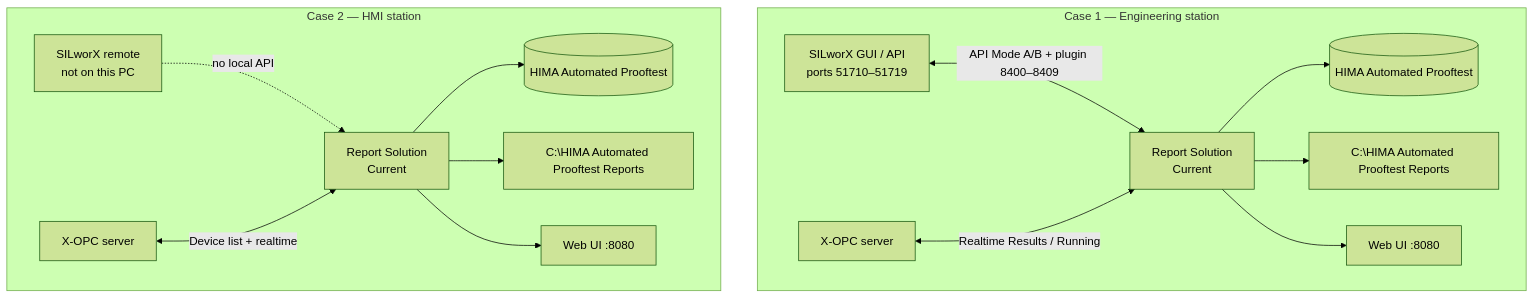
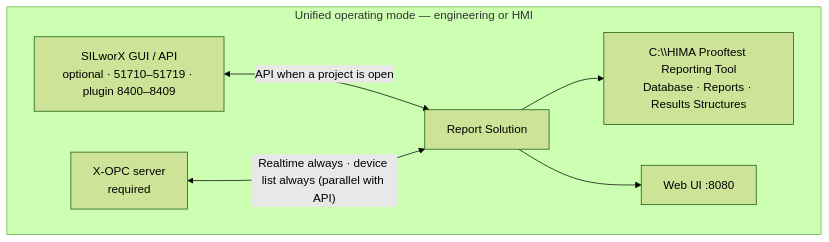
The first of 11 diagrams in Specifications/HIMA-Prooftest-Architecture-Mermaid.md (D-Mouna/Prooftest-Reporting-solution), drawn with Mermaid (forest theme) before and after one commit. The commit also changed other lines of this file and 200 other files, not shown here.

Commit message:
Show per-device source in the list (OPC ProgID or SILworX project) and keep SPEC 1.60 / code 1.63 in sync.

````diff
--- a/Specifications/HIMA-Prooftest-Architecture-Mermaid.md
+++ b/Specifications/HIMA-Prooftest-Architecture-Mermaid.md
@@ -17,32 +18,15 @@
 ```mermaid
 flowchart TB
-  subgraph CASE1["Case 1 — Engineering station"]
-    SW1[SILworX GUI / API<br/>ports 51710–51719]
-    OPC1[X-OPC server]
-    SOL1[Report Solution<br/>Current]
-    DB1[(HIMA Automated Prooftest)]
-    RPT1[C:\HIMA Automated Prooftest Reports]
-    UI1[Web UI :8080]
+  subgraph MODE["Unified operating mode — engineering or HMI"]
+    SW[SILworX GUI / API<br/>optional · 51710–51719 · plugin 8400–8409]
+    OPC[X-OPC server<br/>required]
+    SOL[Report Solution]
+    ROOT["C:\\HIMA Prooftest Reporting Tool<br/>Database · Reports · Results Structures"]
+    UI[Web UI :8080]
 
-    SW1 <-->|API Mode A/B + plugin 8400–8409| SOL1
-    OPC1 <-->|Realtime Results / Running| SOL1
-    SOL1 --> DB1
-    SOL1 --> RPT1
-    SOL1 --> UI1
-  end
-
-  subgraph CASE2["Case 2 — HMI station"]
-    SW2[SILworX remote<br/>not on this PC]
-    OPC2[X-OPC server]
-    SOL2[Report Solution<br/>Current]
-    DB2[(HIMA Automated Prooftest)]
-    RPT2[C:\HIMA Automated Prooftest Reports]
-    UI2[Web UI :8080]
-
-    SW2 -.->|no local API| SOL2
-    OPC2 <-->|Device list + realtime| SOL2
-    SOL2 --> DB2
-    SOL2 --> RPT2
-    SOL2 --> UI2
+    SW <-->|API when a project is open| SOL
+    OPC <-->|"Realtime always · device list always (parallel with API)"| SOL
+    SOL --> ROOT
+    SOL --> UI
   end
 ```
````
